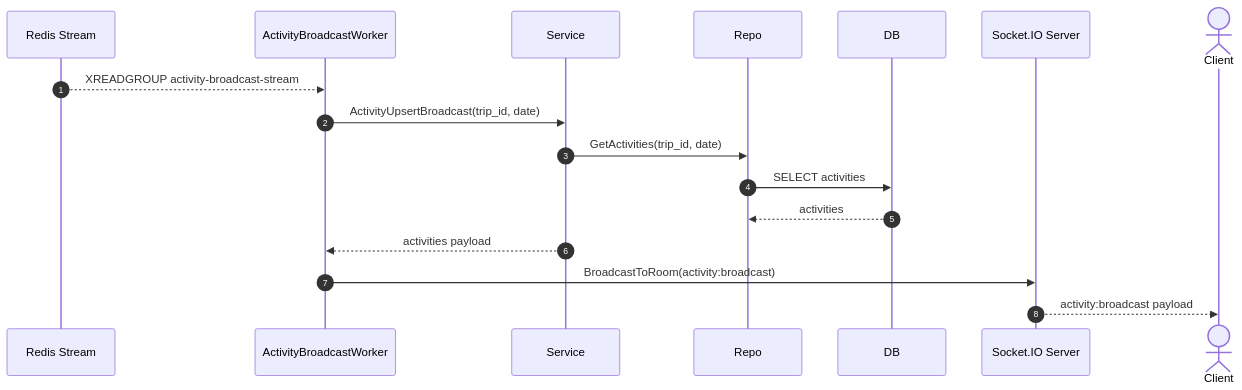
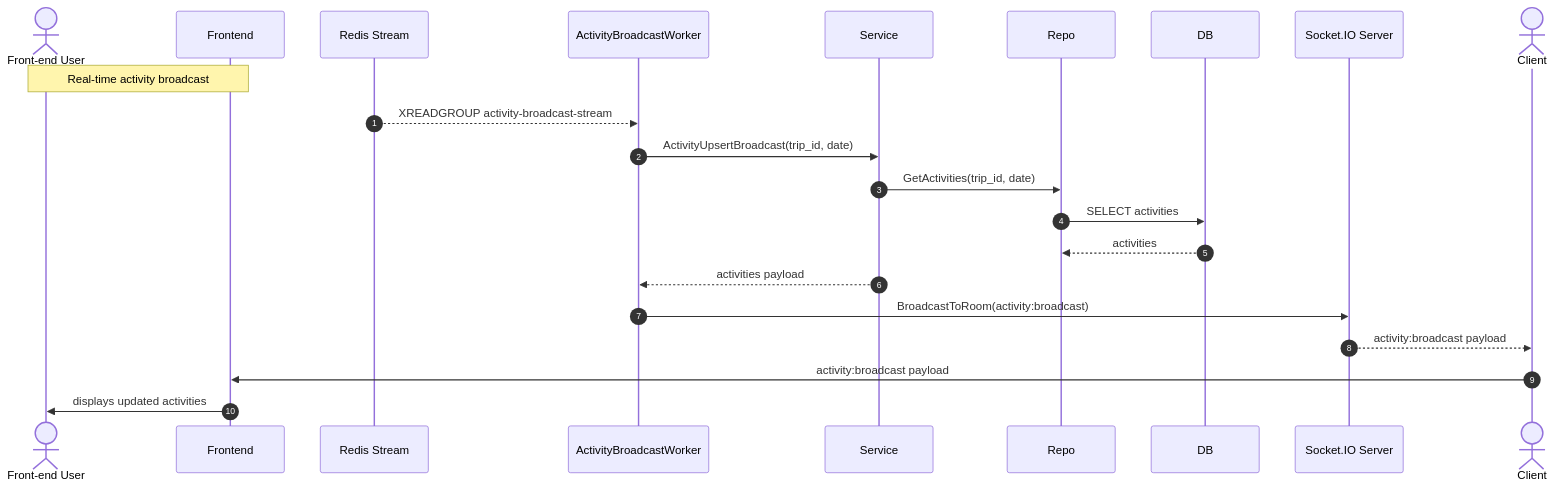
One commit to kritpi/499-senior-project-trip-service changed the diagram in diagram/socket_activity_broadcast.mmd. Above: the diagram before and after it, drawn with Mermaid. The commit also changed 16 other files, not shown here.

Commit message:
docs: update sequence diagrams with frontend interactions (commit with Antigravity)

```diff
--- a/diagram/socket_activity_broadcast.mmd
+++ b/diagram/socket_activity_broadcast.mmd
@@ -1,18 +1,23 @@
 sequenceDiagram
     autonumber
+    actor User as Front-end User
+    participant Frontend
     participant Redis as Redis Stream
     participant Worker as ActivityBroadcastWorker
     participant Service
     participant Repo
     participant DB
     participant SocketServer as Socket.IO Server
     actor Client
 
+    Note over User,Frontend: Real-time activity broadcast
     Redis-->>Worker: XREADGROUP activity-broadcast-stream
     Worker->>Service: ActivityUpsertBroadcast(trip_id, date)
     Service->>Repo: GetActivities(trip_id, date)
     Repo->>DB: SELECT activities
     DB-->>Repo: activities
     Service-->>Worker: activities payload
     Worker->>SocketServer: BroadcastToRoom(activity:broadcast)
     SocketServer-->>Client: activity:broadcast payload
+    Client->>Frontend: activity:broadcast payload
+    Frontend->>User: displays updated activities
```
